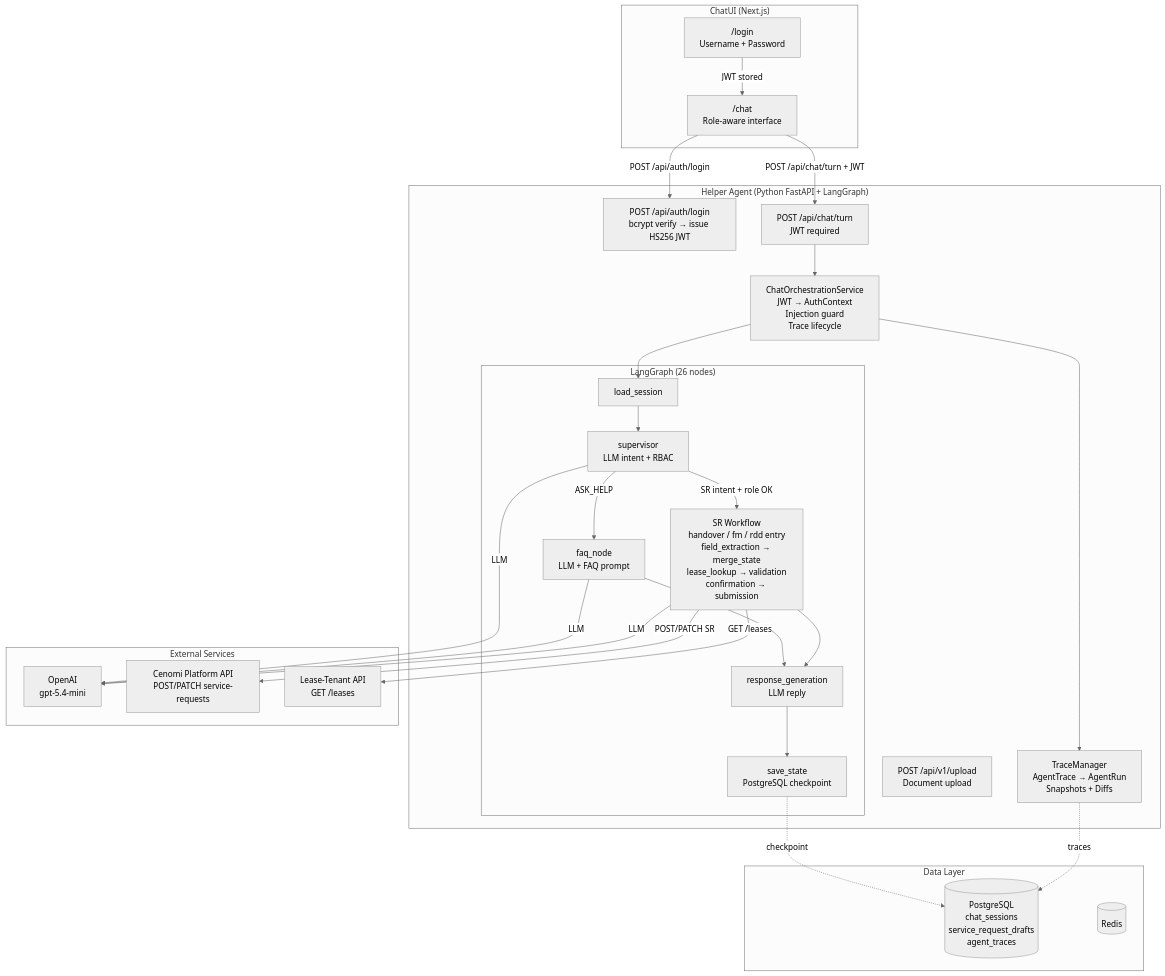
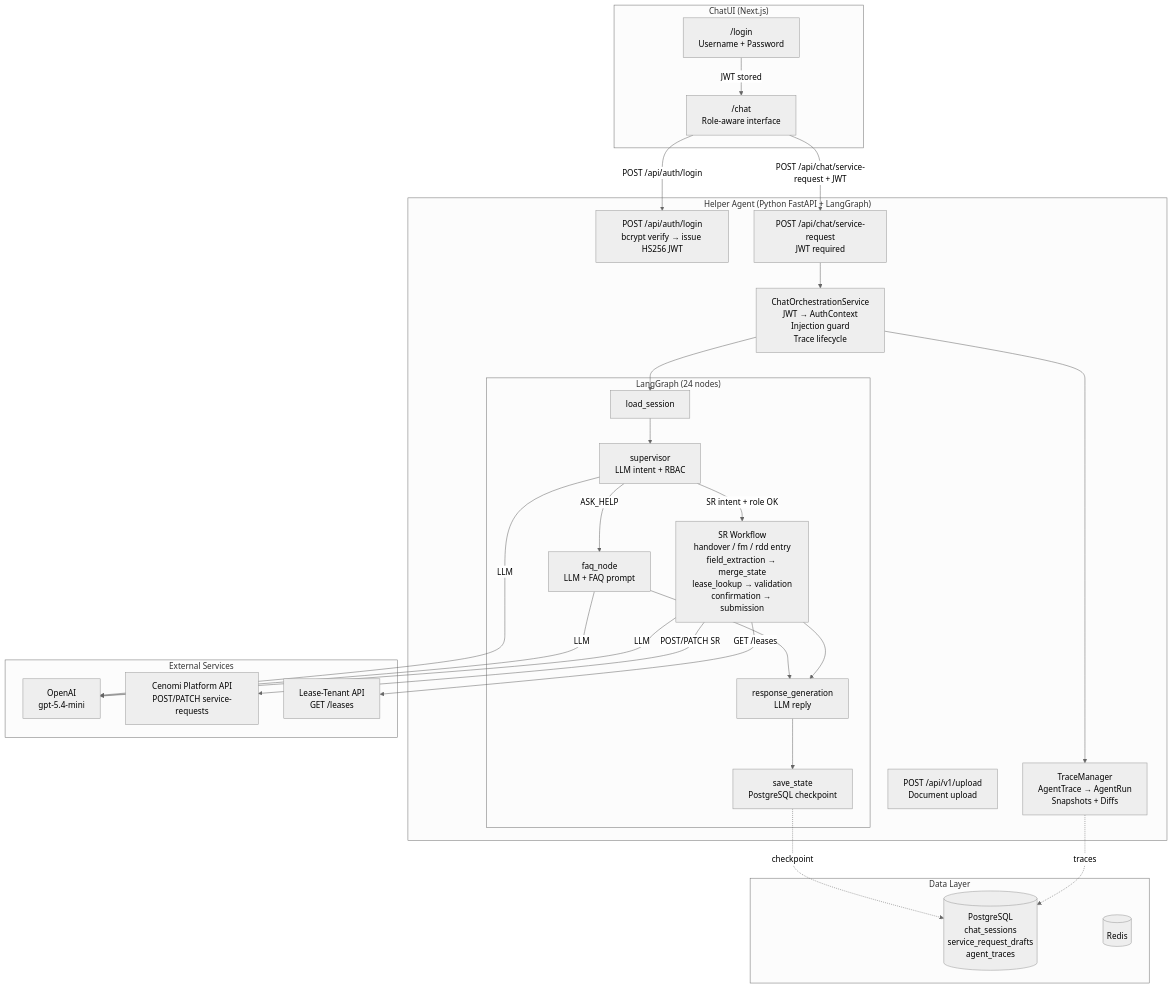
One commit to swa01wk/Cenomi-RDD-Chatbot changed the first of 10 diagrams in service-request-chatbot/docs/helper-agent-pipeline.md. Above: the diagram before and after it, drawn with Mermaid (neutral theme). The commit also changed other lines of this file and 29 other files, not shown here.

````diff
--- a/service-request-chatbot/docs/helper-agent-pipeline.md
+++ b/service-request-chatbot/docs/helper-agent-pipeline.md
@@ -70,58 +70,58 @@
 ```mermaid
 graph TB
     subgraph ChatUILayer["ChatUI (Next.js)"]
         LOGIN["/login\nUsername + Password"]
         CHAT["/chat\nRole-aware interface"]
         LOGIN -->|"JWT stored"| CHAT
     end
 
     subgraph HelperAgentLayer["Helper Agent (Python FastAPI + LangGraph)"]
         AUTH["POST /api/auth/login\nbcrypt verify → issue HS256 JWT"]
-        CHATEP["POST /api/chat/turn\nJWT required"]
+        CHATEP["POST /api/chat/service-request\nJWT required"]
         UPLOAD["POST /api/v1/upload\nDocument upload"]
 
         ORCH["ChatOrchestrationService\nJWT → AuthContext\nInjection guard\nTrace lifecycle"]
 
-        subgraph GraphLayer["LangGraph (26 nodes)"]
+        subgraph GraphLayer["LangGraph (24 nodes)"]
             LS["load_session"]
             SV["supervisor\nLLM intent + RBAC"]
             FAQ["faq_node\nLLM + FAQ prompt"]
             SR["SR Workflow\nhandover / fm / rdd entry\nfield_extraction → merge_state\nlease_lookup → validation\nconfirmation → submission"]
             RG["response_generation\nLLM reply"]
             SS["save_state\nPostgreSQL checkpoint"]
         end
 
         TRACE["TraceManager\nAgentTrace → AgentRun\nSnapshots + Diffs"]
     end
 
     subgraph DataLayer["Data Layer"]
         PG[("PostgreSQL\nchat_sessions\nservice_request_drafts\nagent_traces")]
         REDIS[("Redis")]
     end
 
     subgraph ExternalLayer["External Services"]
         OPENAI["OpenAI\ngpt-5.4-mini"]
         CENOMI["Cenomi Platform API\nPOST/PATCH service-requests"]
         LEASEAPI["Lease-Tenant API\nGET /leases"]
     end
 
-    CHAT -->|"POST /api/chat/turn + JWT"| CHATEP
+    CHAT -->|"POST /api/chat/service-request + JWT"| CHATEP
     CHAT -->|"POST /api/auth/login"| AUTH
     CHATEP --> ORCH
     ORCH --> LS
     LS --> SV
     SV -->|"ASK_HELP"| FAQ
     SV -->|"SR intent + role OK"| SR
     FAQ --> RG
     SR --> RG
     RG --> SS
 
     SS -.->|"checkpoint"| PG
     TRACE -.->|"traces"| PG
     ORCH --> TRACE
     SV -->|"LLM"| OPENAI
     FAQ -->|"LLM"| OPENAI
     SR -->|"LLM"| OPENAI
     SR -->|"POST/PATCH SR"| CENOMI
     SR -->|"GET /leases"| LEASEAPI
 ```
````
